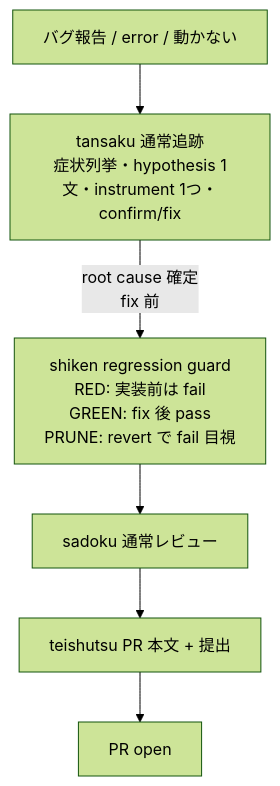
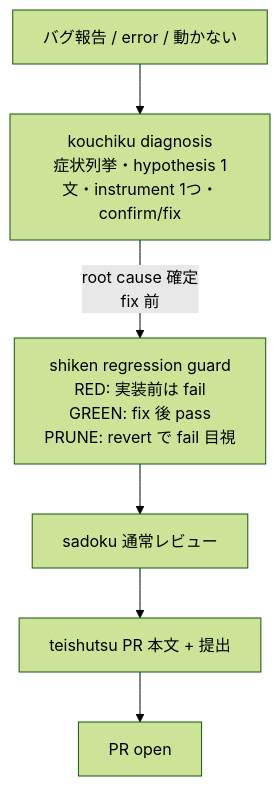
Before and after one commit to hayashiii-ghub/hikizan: the third of 10 diagrams in docs/workflow.md, drawn with Mermaid (forest theme). The commit also changed other lines of this file and 9 other files, not shown here.

Commit message:
docs: fold tansaku into kouchiku diagnosis

````diff
--- a/docs/workflow.md
+++ b/docs/workflow.md
@@ -93,8 +91,8 @@
 ```mermaid
 flowchart TB
-  B0["バグ報告 / error / 動かない"] --> B1["tansaku 通常追跡<br/>症状列挙・hypothesis 1文・instrument 1つ・confirm/fix"]
+  B0["バグ報告 / error / 動かない"] --> B1["kouchiku diagnosis<br/>症状列挙・hypothesis 1文・instrument 1つ・confirm/fix"]
   B1 -->|"root cause 確定<br/>fix 前"| B2["shiken regression guard<br/>RED: 実装前は fail<br/>GREEN: fix 後 pass<br/>PRUNE: revert で fail 目視"]
   B2 --> B3["sadoku 通常レビュー"]
   B3 --> B4["teishutsu PR 本文 + 提出"]
   B4 --> B5["PR open"]
 ```
````
